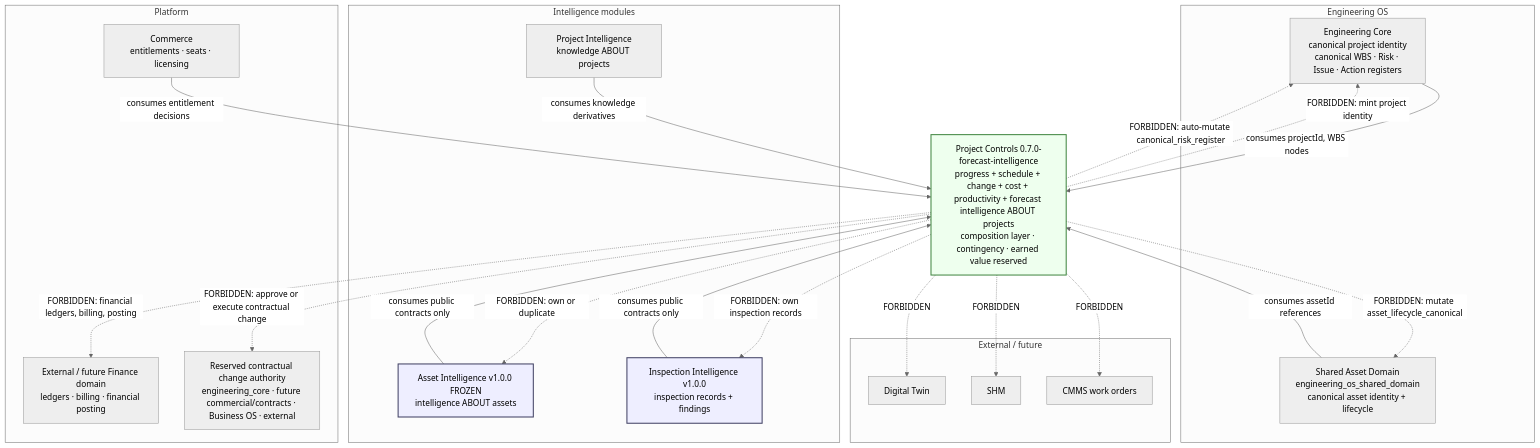
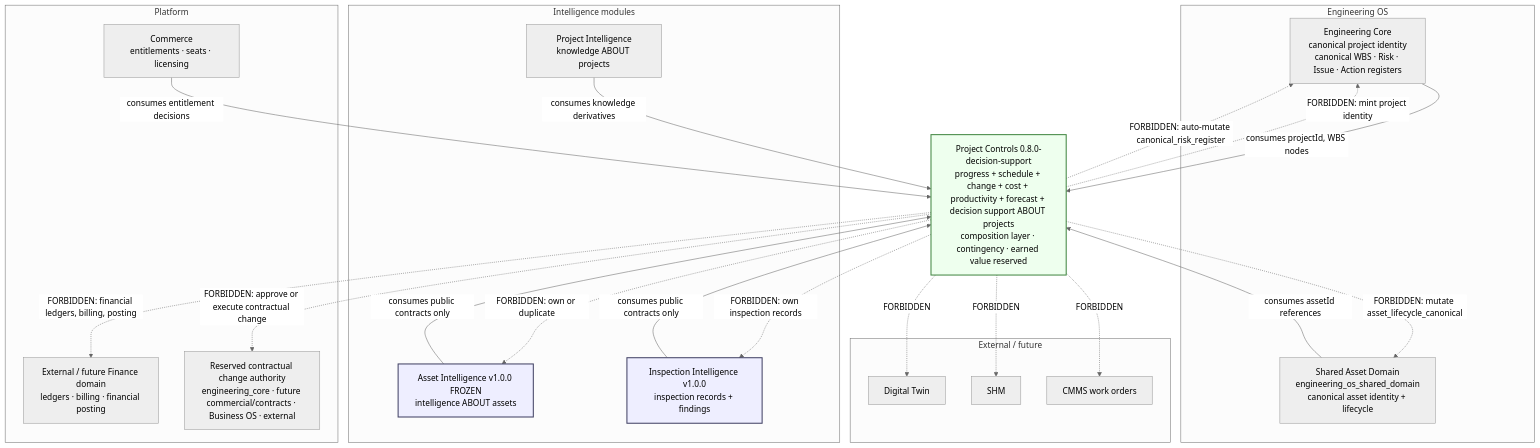
The diagram in docs/architecture/PROJECT_CONTROLS_BOUNDARY_MAP.md (sberso2026/AI-Platform), drawn with Mermaid (neutral theme) before and after one commit. The commit also changed other lines of this file and 39 other files, not shown here.

Commit message:
Implement Phase 11H decision support intelligence with governed recommendations.

````diff
--- a/docs/architecture/PROJECT_CONTROLS_BOUNDARY_MAP.md
+++ b/docs/architecture/PROJECT_CONTROLS_BOUNDARY_MAP.md
@@ -11,50 +11,50 @@
 ```mermaid
 flowchart TB
   subgraph EOS["Engineering OS"]
     CORE["Engineering Core<br/>canonical project identity<br/>canonical WBS · Risk · Issue · Action registers"]
     SHARED["Shared Asset Domain<br/>engineering_os_shared_domain<br/>canonical asset identity + lifecycle"]
   end
 
   subgraph MODULES["Intelligence modules"]
     PI["Project Intelligence<br/>knowledge ABOUT projects"]
     AI["Asset Intelligence v1.0.0 FROZEN<br/>intelligence ABOUT assets"]
     II["Inspection Intelligence v1.0.0<br/>inspection records + findings"]
   end
 
   subgraph PLATFORM["Platform"]
     COMMERCE["Commerce<br/>entitlements · seats · licensing"]
     FINANCE["External / future Finance domain<br/>ledgers · billing · financial posting"]
     CONTRACTS["Reserved contractual change authority<br/>engineering_core · future commercial/contracts · Business OS · external"]
   end
 
   subgraph EXTERNAL["External / future"]
     TWIN["Digital Twin"]
     SHM["SHM"]
     CMMS["CMMS work orders"]
   end
 
-  PC["Project Controls 0.7.0-forecast-intelligence<br/>progress + schedule + change + cost + productivity + forecast intelligence ABOUT projects<br/>composition layer · contingency · earned value reserved"]
+  PC["Project Controls 0.8.0-decision-support<br/>progress + schedule + change + cost + productivity + forecast + decision support ABOUT projects<br/>composition layer · contingency · earned value reserved"]
 
   CORE -->|consumes projectId, WBS nodes| PC
   PI -->|consumes knowledge derivatives| PC
   AI -->|consumes public contracts only| PC
   II -->|consumes public contracts only| PC
   COMMERCE -->|consumes entitlement decisions| PC
   SHARED -->|consumes assetId references| PC
 
   PC -.->|FORBIDDEN: mint project identity| CORE
   PC -.->|FORBIDDEN: auto-mutate canonical_risk_register| CORE
   PC -.->|FORBIDDEN: mutate asset_lifecycle_canonical| SHARED
   PC -.->|FORBIDDEN: own or duplicate| AI
   PC -.->|FORBIDDEN: own inspection records| II
   PC -.->|FORBIDDEN: financial ledgers, billing, posting| FINANCE
   PC -.->|FORBIDDEN: approve or execute contractual change| CONTRACTS
   PC -.->|FORBIDDEN| TWIN
   PC -.->|FORBIDDEN| SHM
   PC -.->|FORBIDDEN| CMMS
 
   classDef frozen fill:#eef,stroke:#446,stroke-width:2px;
   classDef pc fill:#efe,stroke:#484,stroke-width:2px;
   class AI,II frozen;
   class PC pc;
 ```
````
